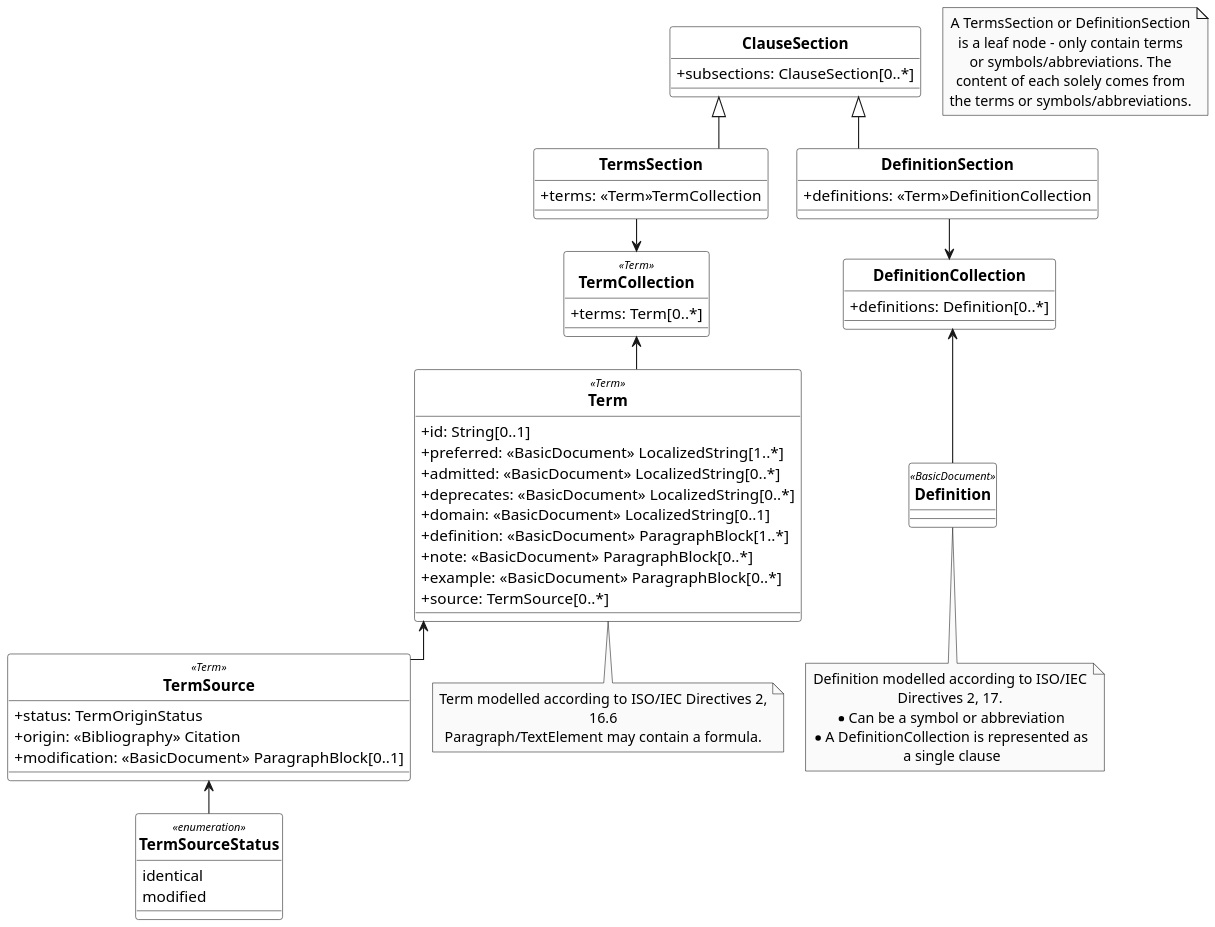
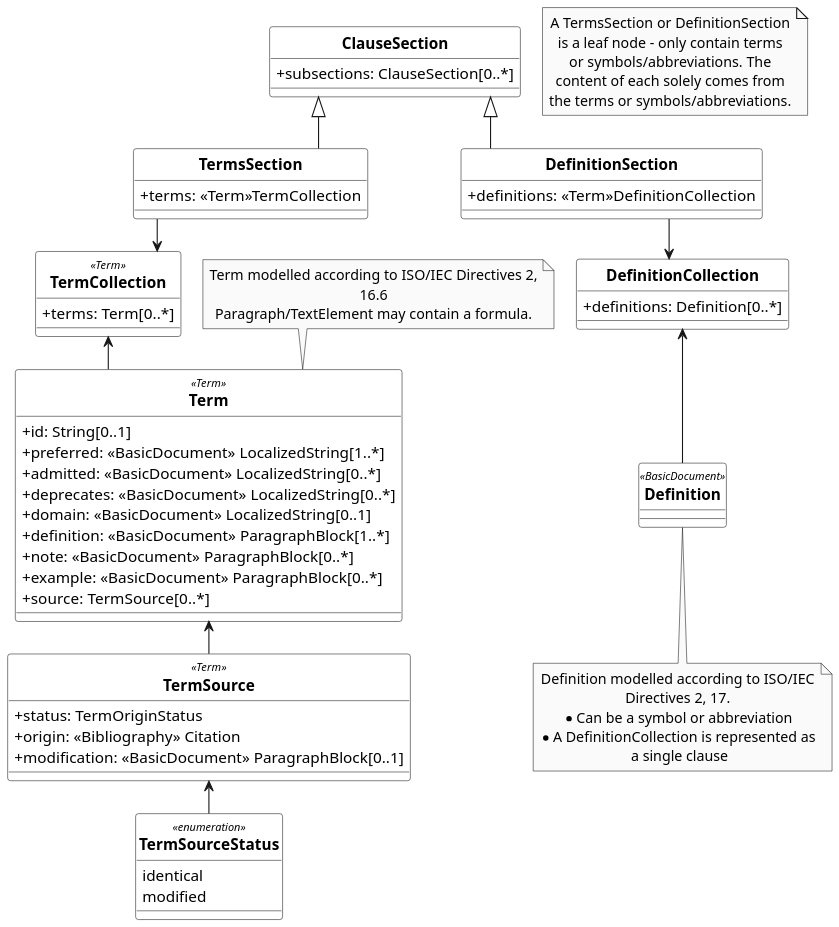
Before and after one commit to CalConnect/csd-standard-doc: the diagram in standoc_uml/StandardDoc_Terms.wsd, drawn with PlantUML. The commit also changed 3 other files, not shown here.

```diff
--- a/standoc_uml/StandardDoc_Terms.wsd
+++ b/standoc_uml/StandardDoc_Terms.wsd
@@ -1,129 +1,129 @@
 @startuml StandardDoc_Terms
 /'
 Diagram:        StandardDoc_Terms
 DateCreate:     22/08/2018
 Description:    Metanorma StandardDocument ("StanDoc") is a family of document models that forms the basis of Metanorma IsoDoc, which is used to represent 
                 ISO Standards and similarly structured standards. It itself is an instantiation of BasicDocument (BasicDoc)
                 It is one of the document models that Selagraph operates on.
                 Metanorma StandardDocument itself is a document model can form the basis of multiple standard document types, including:
                 
                 - ISO Standards
                 - CSD Standards
                 - Chinese Standards (GB and family)
                 
                 The Relaton Bibliography UML models used within these models are located here: Relaton BibModels
 
 Hystory of changes:
 > DD/MM/YYYY
     - 
     - 
 '/
 
 '******* CONFIGURATION ************************************************
 skinparam classAttributeIconSize 0
 skinparam Dpi 150
 skinparam Monochrome true
 skinparam LineType ortho
 skinparam nodesep 20
 skinparam ranksep 30
 hide circle
 /' skinparam CircledCharacterRadius 0 '/
 /' skinparam CircledCharacterFontSize 0 '/
 skinparam Default {
 TextAlignment center
 FontName Helvetica
 }
 skinparam Class {
 AttributeIconSize 0
 BackgroundColor White
 FontStyle bold
 StereotypeFontSize 10
 }
 skinparam Rectangle {
 BackgroundColor White
 FontStyle bold
 FontSize 11
 StereotypeFontSize 10
 }
 skinparam Object {
 BackgroundColor White
 FontStyle bold
 FontSize 11
 StereotypeFontSize 10
 }
 
 skinparam Entity {
 StereotypeFontSize 10
 }
 
 '******* CLASS DEFINITION *********************************************
 
 class ClauseSection{
     +subsections: ClauseSection[0..*]
 }
 
 class TermsSection{
     +terms: <<Term>>TermCollection
 }
 
 class DefinitionSection{
     +definitions: <<Term>>DefinitionCollection
 }
 
 class TermCollection <<Term>> {
     +terms: Term[0..*]
 }
 
 class Term <<Term>> {
     +id: String[0..1]
     +preferred: <<BasicDocument>> LocalizedString[1..*]
     +admitted: <<BasicDocument>> LocalizedString[0..*]
     +deprecates: <<BasicDocument>> LocalizedString[0..*]
     +domain: <<BasicDocument>> LocalizedString[0..1]
     +definition: <<BasicDocument>> ParagraphBlock[1..*]
     +note: <<BasicDocument>> ParagraphBlock[0..*]
     +example: <<BasicDocument>> ParagraphBlock[0..*]
     +source: TermSource[0..*]
 }
 
 class TermSource <<Term>>{
     +status: TermOriginStatus
     +origin: <<Bibliography>> Citation
     +modification: <<BasicDocument>> ParagraphBlock[0..1]
 }
 
 class DefinitionCollection{
     +definitions: Definition[0..*]
 }
 
 class Definition <<BasicDocument>>{
 
 }
 
 enum TermSourceStatus <<enumeration>>{
     identical
     modified
 }
 
 '******* NOTES ********************************************************
-note bottom of Term: Term modelled according to ISO/IEC Directives 2,\n16.6\nParagraph/TextElement may contain a formula.
+note top of Term: Term modelled according to ISO/IEC Directives 2,\n16.6\nParagraph/TextElement may contain a formula.
 note bottom of Definition: Definition modelled according to ISO/IEC\nDirectives 2, 17.\n* Can be a symbol or abbreviation\n* A DefinitionCollection is represented as\n a single clause
 note "A TermsSection or DefinitionSection\nis a leaf node - only contain terms\nor symbols/abbreviations. The\ncontent of each solely comes from\nthe terms or symbols/abbreviations." as N2
 
 '******* CLASS RELATIONS **********************************************
 
 ClauseSection <|-- TermsSection
 ClauseSection <|-- DefinitionSection
 
 TermsSection --> TermCollection
 DefinitionSection --> DefinitionCollection
 
 TermCollection <-- Term
 Term <-- TermSource
 TermSource <-- TermSourceStatus
 
 DefinitionCollection <-- Definition
 
 
 
 @enduml
```
